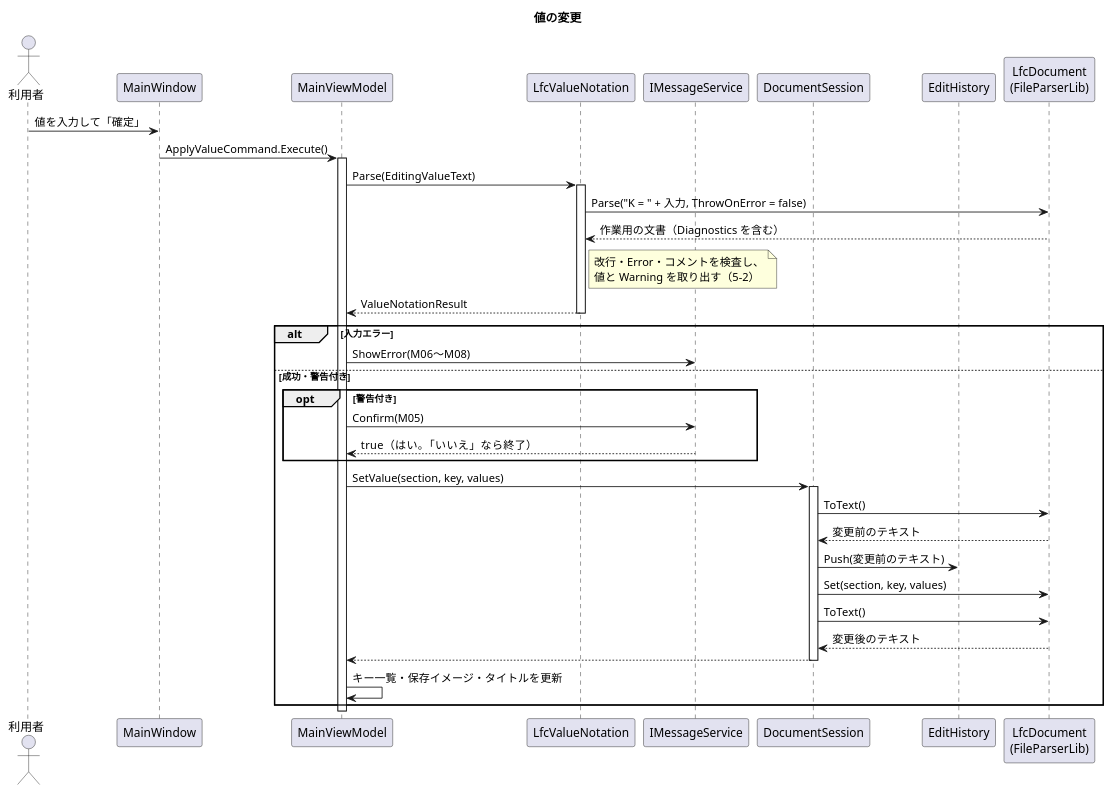
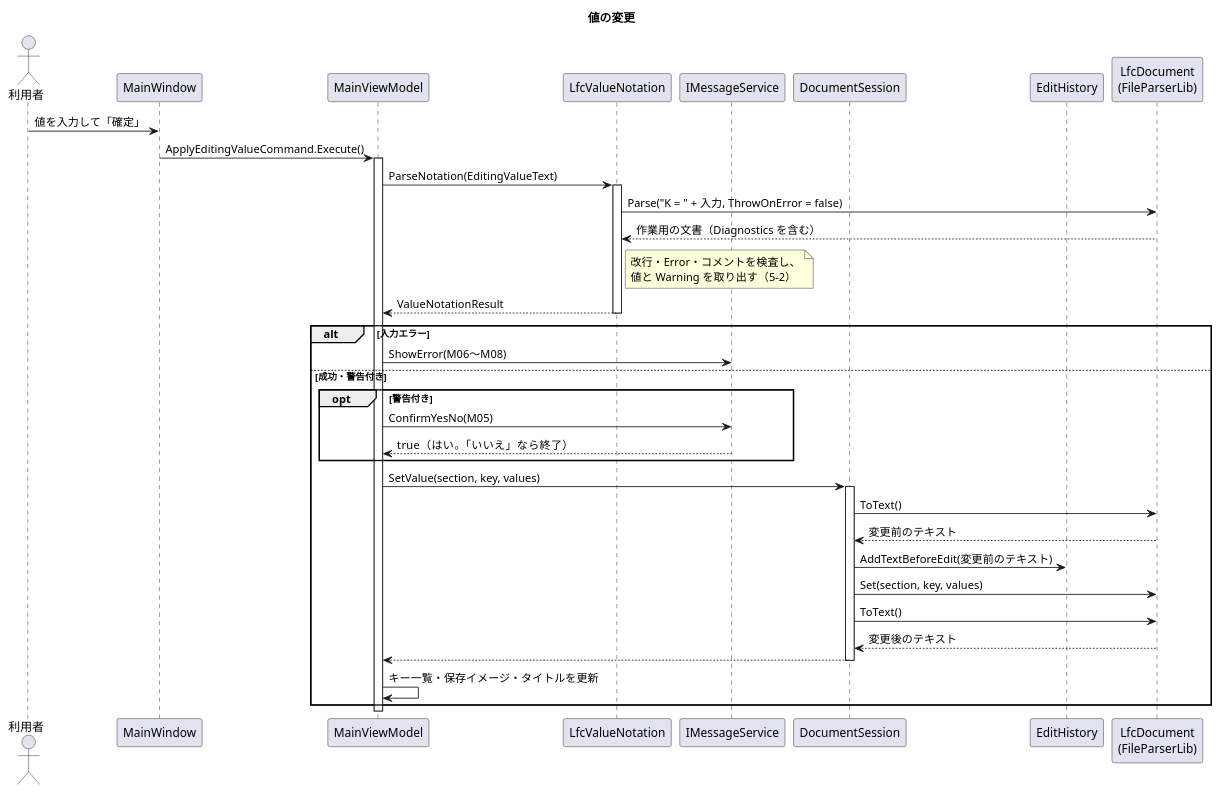
One commit to r-aoki-git/FileParseEditor changed the diagram in diagrams/シーケンス図（値の変更）.pu. Above: the diagram before and after it, drawn with PlantUML. The commit also changed 8 other files, not shown here.

First line of the commit message:
設計書・クラス図・シーケンス図・README を指摘への対応に合わせて更新

```diff
--- a/diagrams/シーケンス図（値の変更）.pu
+++ b/diagrams/シーケンス図（値の変更）.pu
@@ -1,50 +1,50 @@
 @startuml FileParseEditor_Sequence_ApplyValue
 title 値の変更
 
 actor 利用者 as User
 participant "MainWindow" as View
 participant "MainViewModel" as VM
 participant "LfcValueNotation" as Notation
 participant "IMessageService" as Msg
 participant "DocumentSession" as Session
 participant "EditHistory" as History
 participant "LfcDocument\n(FileParserLib)" as Doc
 
 User -> View : 値を入力して「確定」
-View -> VM : ApplyValueCommand.Execute()
+View -> VM : ApplyEditingValueCommand.Execute()
 activate VM
 
-VM -> Notation : Parse(EditingValueText)
+VM -> Notation : ParseNotation(EditingValueText)
 activate Notation
 Notation -> Doc : Parse("K = " + 入力, ThrowOnError = false)
 Doc --> Notation : 作業用の文書（Diagnostics を含む）
 note right of Notation
   改行・Error・コメントを検査し、
   値と Warning を取り出す（5-2）
 end note
 Notation --> VM : ValueNotationResult
 deactivate Notation
 
 alt 入力エラー
     VM -> Msg : ShowError(M06〜M08)
 else 成功・警告付き
     opt 警告付き
-        VM -> Msg : Confirm(M05)
+        VM -> Msg : ConfirmYesNo(M05)
         Msg --> VM : true（はい。「いいえ」なら終了）
     end
     VM -> Session : SetValue(section, key, values)
     activate Session
     Session -> Doc : ToText()
     Doc --> Session : 変更前のテキスト
-    Session -> History : Push(変更前のテキスト)
+    Session -> History : AddTextBeforeEdit(変更前のテキスト)
     Session -> Doc : Set(section, key, values)
     Session -> Doc : ToText()
     Doc --> Session : 変更後のテキスト
     Session --> VM
     deactivate Session
     VM -> VM : キー一覧・保存イメージ・タイトルを更新
 end
 
 deactivate VM
 
 @enduml
```
